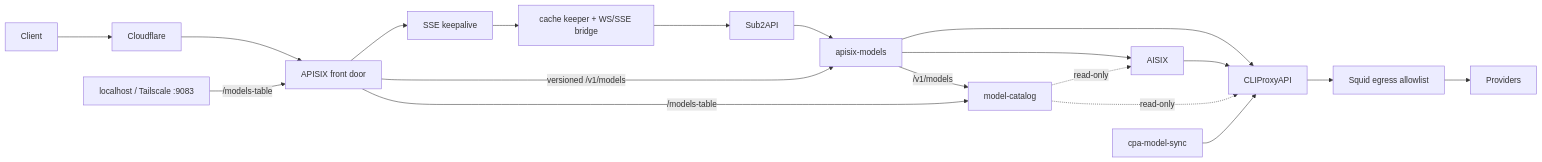
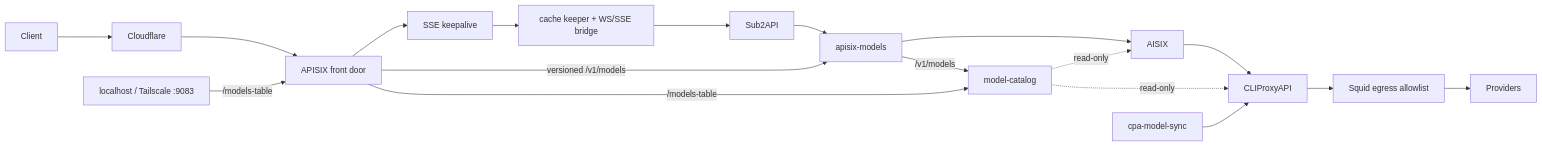
Before and after one commit to xz-dev/AI-gateway: the diagram in README.md, drawn with Mermaid. The commit also changed other lines of this file and 2 other files, not shown here.

````diff
--- a/README.md
+++ b/README.md
@@ -11,13 +11,12 @@
 ```mermaid
 flowchart LR
   Client --> Cloudflare --> APISIX[APISIX front door]
   APISIX --> Keepalive[SSE keepalive] --> Keeper[cache keeper + WS/SSE bridge] --> Sub2API
-  Sub2API --> Models[apisix-models] --> CPA[CLIProxyAPI]
-  Models --> AISIX --> CPA
+  Sub2API --> Models[apisix-models] --> AISIX --> CPA[CLIProxyAPI]
   APISIX -->|versioned /v1/models| Models -->|/v1/models| Catalog[model-catalog]
   Operator[localhost / Tailscale :9083] -->|/models-table| APISIX -->|/models-table| Catalog
   Catalog -.->|read-only| CPA
   Catalog -.->|read-only| AISIX
   Sync[cpa-model-sync] --> CPA
   CPA --> Squid[Squid egress allowlist] --> Providers
 ```
````
